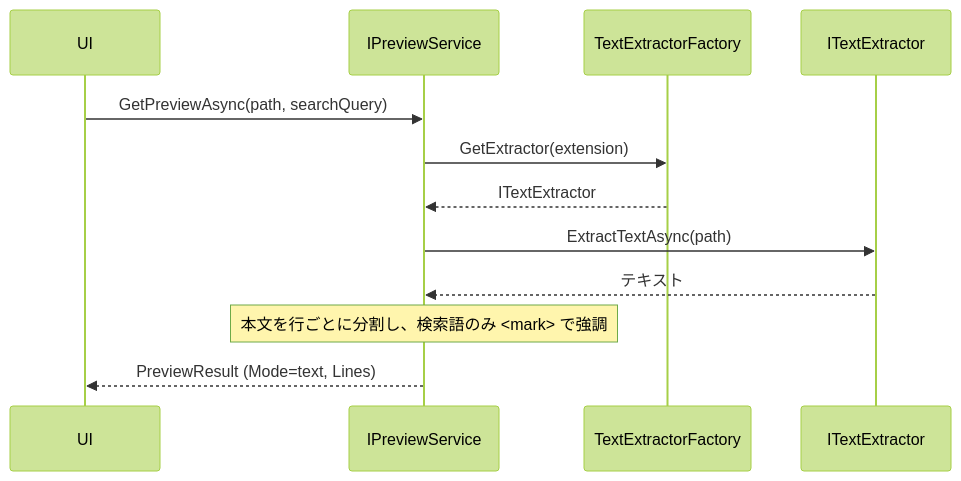
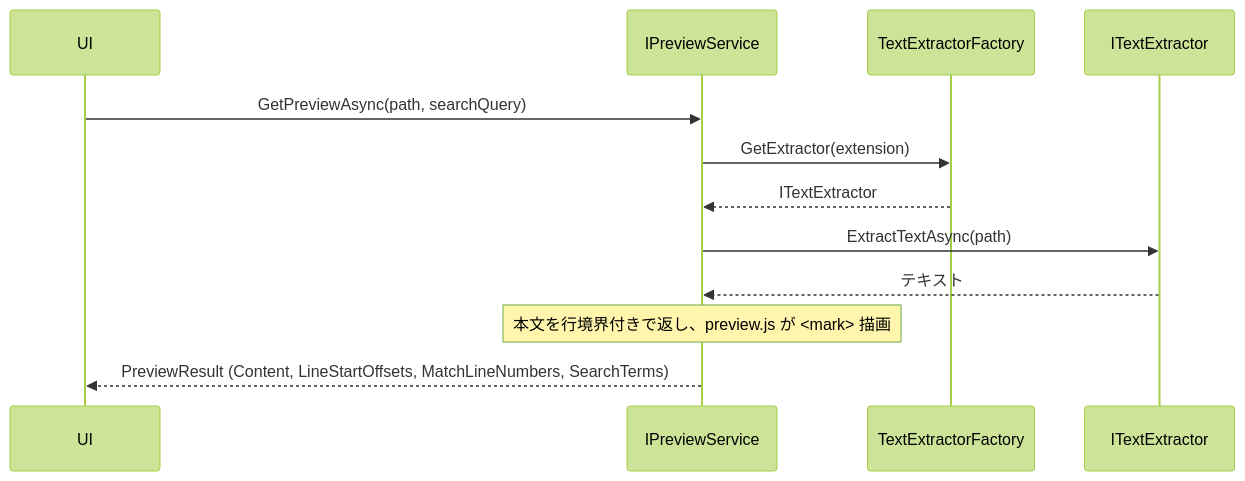
The fourth of 4 diagrams in docs/詳細設計.md (zndmonya-dot/FileSearchApp-), drawn with Mermaid (forest theme) before and after one commit. The commit also changed other lines of this file and 15 other files, not shown here.

````diff
--- a/docs/詳細設計.md
+++ b/docs/詳細設計.md
@@ -246,14 +256,14 @@
 ```mermaid
 sequenceDiagram
   participant UI
   participant IPreview as IPreviewService
   participant Factory as TextExtractorFactory
   participant Ext as ITextExtractor
   UI->>IPreview: GetPreviewAsync(path, searchQuery)
   IPreview->>Factory: GetExtractor(extension)
   Factory-->>IPreview: ITextExtractor
   IPreview->>Ext: ExtractTextAsync(path)
   Ext-->>IPreview: テキスト
-  Note over IPreview: 本文を行ごとに分割し、検索語のみ <mark> で強調
-  IPreview-->>UI: PreviewResult (Mode=text, Lines)
+  Note over IPreview: 本文を行境界付きで返し、preview.js が <mark> 描画
+  IPreview-->>UI: PreviewResult (Content, LineStartOffsets, MatchLineNumbers, SearchTerms)
 ```
````
